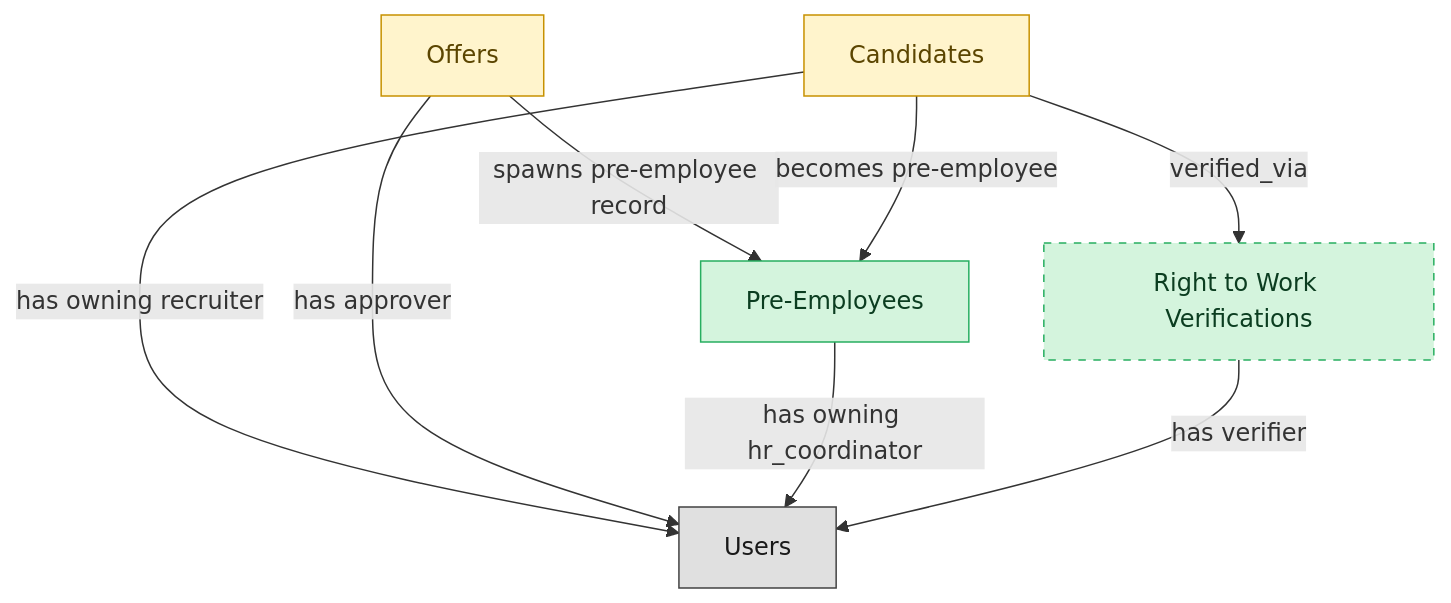
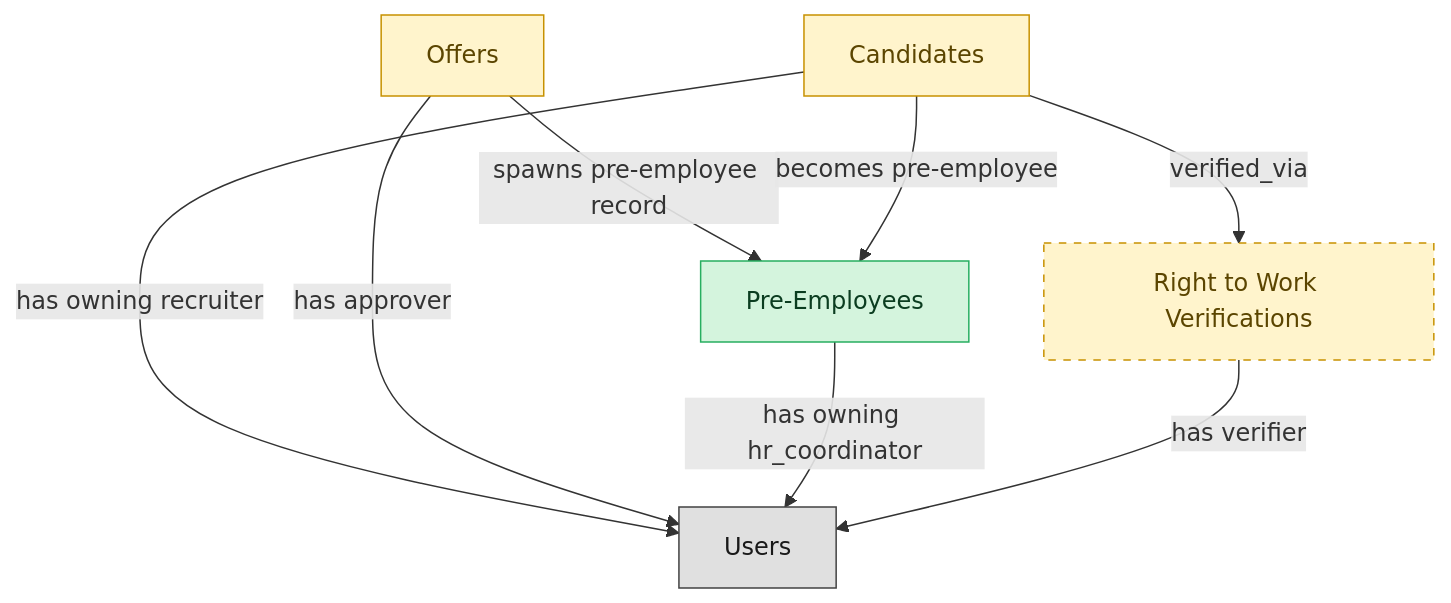
The diagram in blueprints/ats-pre-employee-record-semantic-blueprint.md (semantius/semantius), drawn with Mermaid before and after one commit. The commit also changed other lines of this file and 120 other files, not shown here.

````diff
--- a/blueprints/ats-pre-employee-record-semantic-blueprint.md
+++ b/blueprints/ats-pre-employee-record-semantic-blueprint.md
@@ -33,24 +33,24 @@
 ```mermaid
 flowchart TD
   classDef master fill:#d4f4dd,stroke:#27ae60,color:#0b3d20;
   classDef embedded_master fill:#fff4cc,stroke:#c79100,color:#5b4500;
   classDef platform_builtin fill:#e0e0e0,stroke:#424242,color:#1a1a1a;
   pre_employees["Pre-Employees"]
   candidates["Candidates"]
   job_offers["Offers"]
   right_to_work_verifications["Right to Work Verifications"]
   users["Users"]
   candidates -->|"verified_via"| right_to_work_verifications
   job_offers -->|"spawns pre-employee record"| pre_employees
   candidates -->|"becomes pre-employee"| pre_employees
   candidates -->|"has owning recruiter"| users
   job_offers -->|"has approver"| users
   pre_employees -->|"has owning hr_coordinator"| users
   right_to_work_verifications -->|"has verifier"| users
   class pre_employees master;
   class candidates embedded_master;
   class job_offers embedded_master;
-  class right_to_work_verifications master;
+  class right_to_work_verifications embedded_master;
   class users platform_builtin;
   style right_to_work_verifications stroke-dasharray:5 5;
 ```
````
